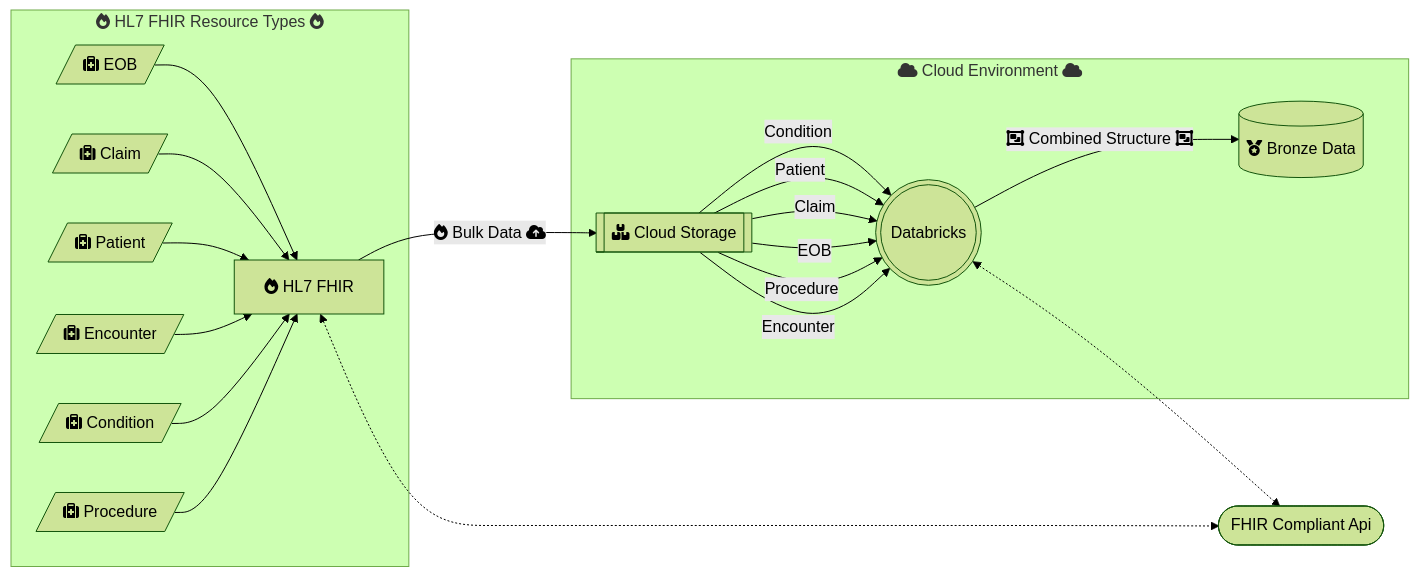
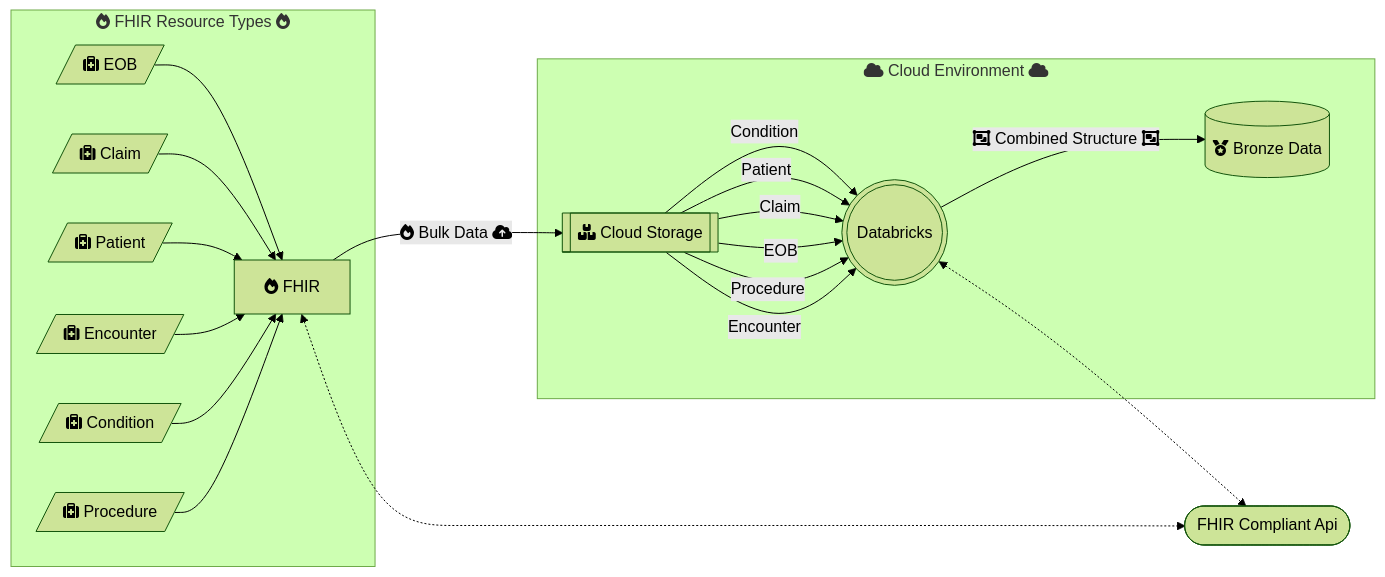
One commit to Data-Coalesce/DatabricksOnFHIR changed the diagram in README.md. Above: the diagram before and after it, drawn with Mermaid (forest theme). The commit also changed other lines of this file, not shown here.

````diff
--- a/README.md
+++ b/README.md
@@ -14,26 +14,26 @@
 ```mermaid
 flowchart LR
-     subgraph fa:fa-fire HL7 FHIR Resource Types fa:fa-fire
-    A[fa:fa-fire HL7 FHIR] 
+     subgraph fa:fa-fire FHIR Resource Types fa:fa-fire
+    A[fa:fa-fire FHIR] 
     doca[/"fa:fa-medkit EOB"/] --> A
     docb[/"fa:fa-medkit Claim"/] --> A
     docc[/"fa:fa-medkit Patient"/] --> A
     docd[/"fa:fa-medkit Encounter"/] --> A
     doce[/"fa:fa-medkit Condition"/] --> A
     docf[/"fa:fa-medkit Procedure"/] --> A
     end
     A -->|fa:fa-fire Bulk Data fa:fa-cloud-upload-alt| B
     subgraph fa:fa-cloud Cloud Environment fa:fa-cloud
     B[[fa:fa-boxes Cloud Storage]]
     B --> |"Condition"| C(((Databricks)))
     B --> |"Patient"| C
     B --> |"Claim"| C
     B --> |"EOB"| C
     B --> |"Procedure"| C
     B --> |"Encounter"| C
     C -->|fa:fa-object-group Combined Structure fa:fa-object-group| D[(fa:fa-medal Bronze Data)]
   end
   net(["FHIR Compliant Api"])
   A <-.-> net   
   C <-.-> net  
 ```
````
